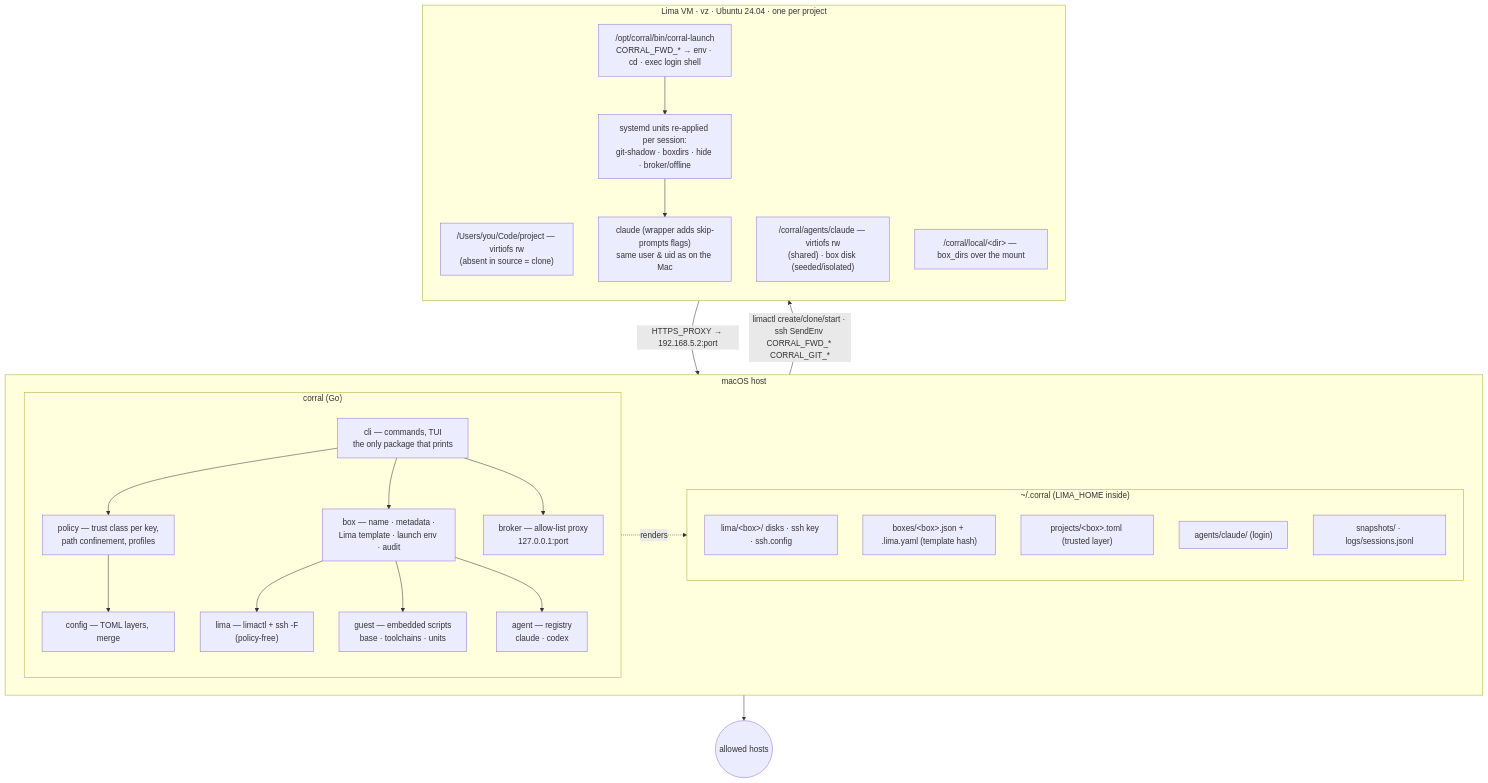
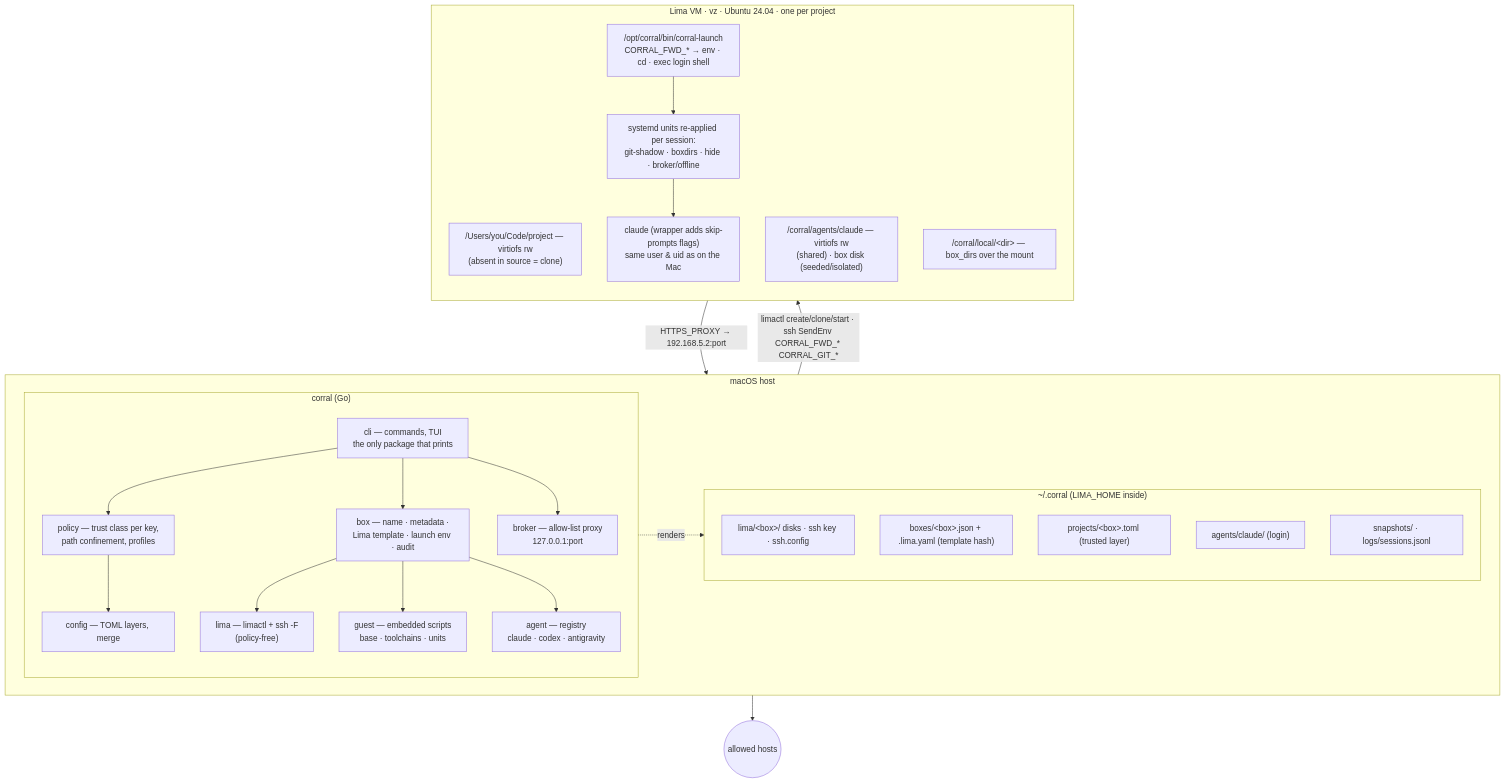
The first of 2 diagrams in docs/ARCHITECTURE.md (corral-sh/corral), drawn with Mermaid before and after one commit. The commit also changed 16 other files, not shown here.

````diff
--- a/docs/ARCHITECTURE.md
+++ b/docs/ARCHITECTURE.md
@@ -7,43 +7,43 @@
 ```mermaid
 flowchart TB
     subgraph host["macOS host"]
         direction LR
         subgraph cli["corral (Go)"]
             direction TB
             c_cli["cli — commands, TUI<br/>the only package that prints"]
             c_policy["policy — trust class per key,<br/>path confinement, profiles"]
             c_config["config — TOML layers, merge"]
             c_box["box — name · metadata ·<br/>Lima template · launch env · audit"]
             c_lima["lima — limactl + ssh -F<br/>(policy-free)"]
             c_broker["broker — allow-list proxy<br/>127.0.0.1:port"]
-            c_agent["agent — registry<br/>claude · codex"]
+            c_agent["agent — registry<br/>claude · codex · antigravity"]
             c_guest["guest — embedded scripts<br/>base · toolchains · units"]
             c_cli --> c_policy --> c_config
             c_cli --> c_box --> c_lima
             c_box --> c_guest
             c_box --> c_agent
             c_cli --> c_broker
         end
         subgraph fs["~/.corral (LIMA_HOME inside)"]
             direction TB
             f_lima["lima/&lt;box&gt;/ disks · ssh key · ssh.config"]
             f_boxes["boxes/&lt;box&gt;.json + .lima.yaml (template hash)"]
             f_proj["projects/&lt;box&gt;.toml (trusted layer)"]
             f_agents["agents/claude/ (login)"]
             f_snap["snapshots/ · logs/sessions.jsonl"]
         end
     end
     subgraph vm["Lima VM · vz · Ubuntu 24.04 · one per project"]
         direction TB
         v_mount["/Users/you/Code/project — virtiofs rw<br/>(absent in source = clone)"]
         v_state["/corral/agents/claude — virtiofs rw<br/>(shared) · box disk (seeded/isolated)"]
         v_local["/corral/local/&lt;dir&gt; — box_dirs over the mount"]
         v_units["systemd units re-applied per session:<br/>git-shadow · boxdirs · hide · broker/offline"]
         v_launch["/opt/corral/bin/corral-launch<br/>CORRAL_FWD_* → env · cd · exec login shell"]
         v_agent["claude (wrapper adds skip-prompts flags)<br/>same user & uid as on the Mac"]
         v_launch --> v_units --> v_agent
     end
     c_lima -- "limactl create/clone/start · ssh SendEnv CORRAL_FWD_* CORRAL_GIT_*" --> v_launch
     c_box -. "renders" .-> f_boxes
     v_agent -- "HTTPS_PROXY → 192.168.5.2:port" --> c_broker --> net(("allowed hosts"))
 ```
````
